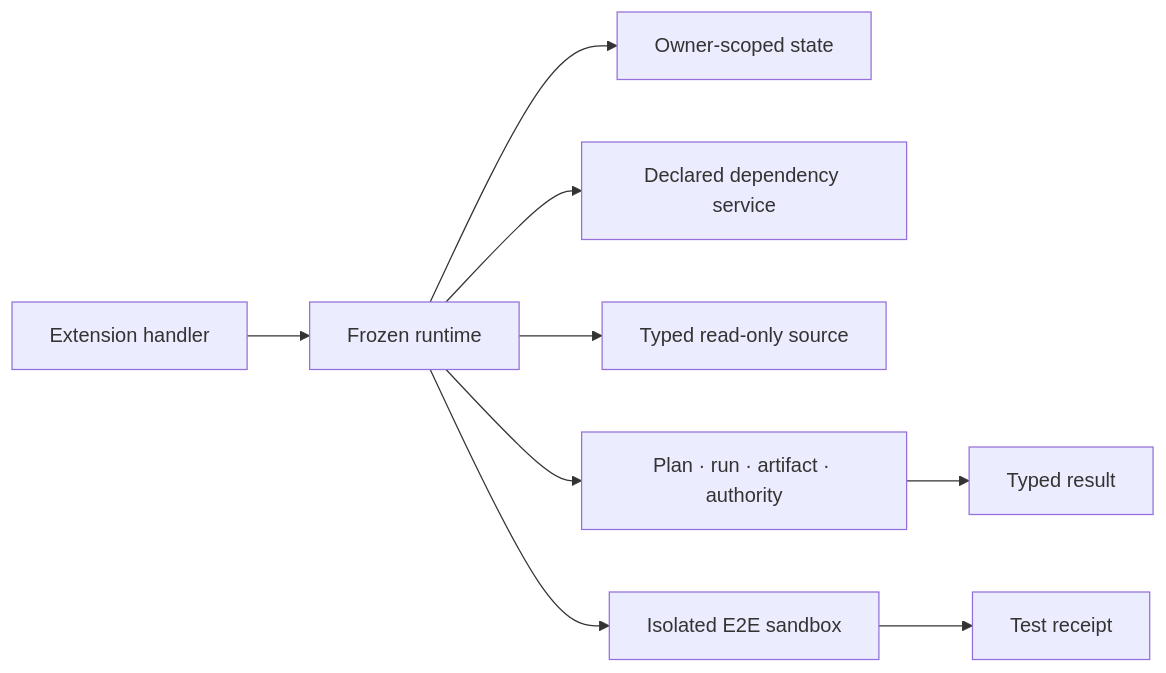
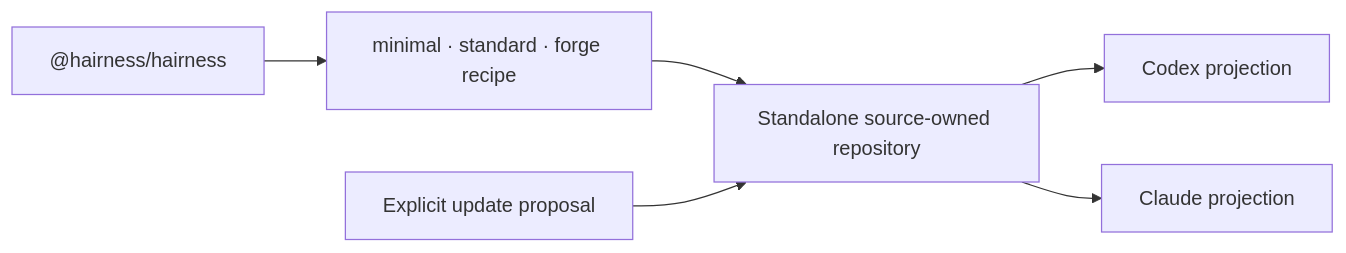
One commit to thevzion/hairness changed the second of 2 diagrams in docs/architecture.md. Above: the diagram before and after it, drawn with Mermaid. The commit also changed other lines of this file and 23 other files, not shown here.

````diff
--- a/docs/architecture.md
+++ b/docs/architecture.md
@@ -71,11 +42,8 @@
 ```mermaid
 flowchart LR
-    handler["Extension handler"] --> runtime["Frozen runtime"]
-    runtime --> state["Owner-scoped state"]
-    runtime --> dependency["Declared dependency service"]
-    runtime --> source["Typed read-only source"]
-    runtime --> run["Plan · run · artifact · authority"]
-    runtime --> sandbox["Isolated E2E sandbox"]
-    run --> result["Typed result"]
-    sandbox --> receipt["Test receipt"]
+  package["@hairness/hairness"] --> recipe["minimal · standard · forge recipe"]
+  recipe --> generated["Standalone source-owned repository"]
+  generated --> codex["Codex projection"]
+  generated --> claude["Claude projection"]
+  update["Explicit update proposal"] --> generated
 ```
````
